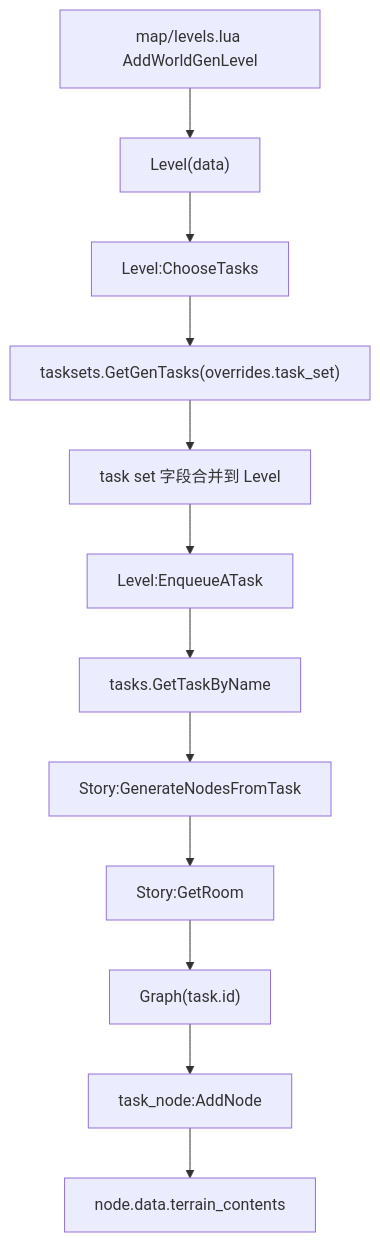
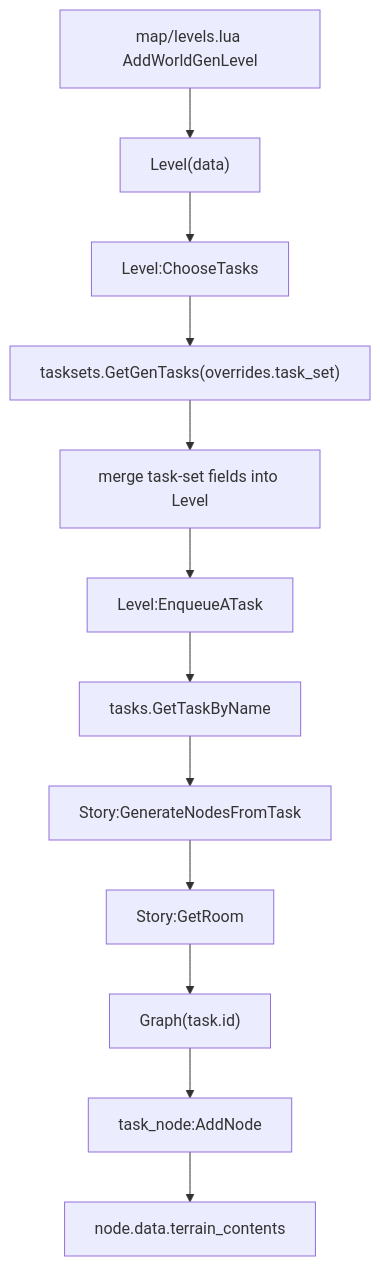
Before and after one commit to LetsStarveTogether/dst-server: the diagram in dst-scripts/index/0x5000-world-simulation/0x5100-worldgen/0x5102-levels-tasks-rooms.md, drawn with Mermaid. The commit also changed other lines of this file and 83 other files, not shown here.

```diff
--- a/dst-scripts/index/0x5000-world-simulation/0x5100-worldgen/0x5102-levels-tasks-rooms.md
+++ b/dst-scripts/index/0x5000-world-simulation/0x5100-worldgen/0x5102-levels-tasks-rooms.md
@@ -87,15 +91,15 @@
 ~~~mermaid
 flowchart TD
     A["map/levels.lua AddWorldGenLevel"]
     A --> B["Level(data)"]
     B --> C["Level:ChooseTasks"]
     C --> D["tasksets.GetGenTasks(overrides.task_set)"]
-    D --> E["task set 字段合并到 Level"]
+    D --> E["merge task-set fields into Level"]
     E --> F["Level:EnqueueATask"]
     F --> G["tasks.GetTaskByName"]
     G --> H["Story:GenerateNodesFromTask"]
     H --> I["Story:GetRoom"]
     I --> J["Graph(task.id)"]
     J --> K["task_node:AddNode"]
     K --> L["node.data.terrain_contents"]
 ~~~
```
